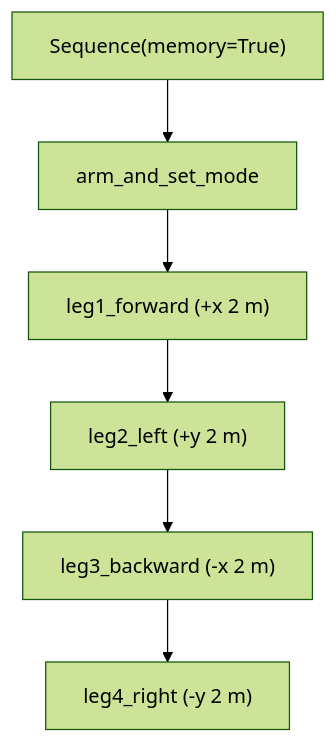
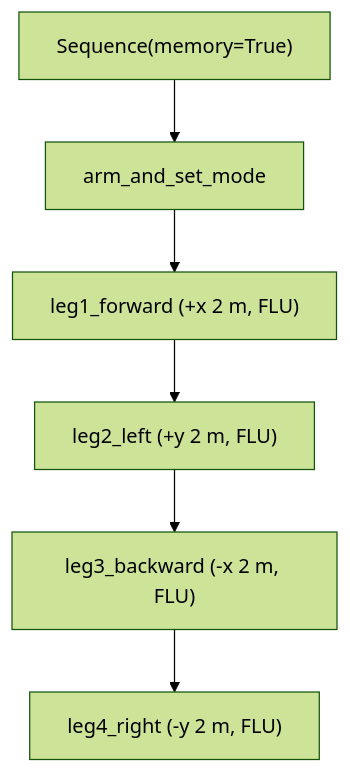
The diagram in docs/strategies/square.md (BumblebeeAS/release), drawn with Mermaid (forest theme) before and after one commit. The commit also changed other lines of this file and 29 other files, not shown here.

````diff
--- a/docs/strategies/square.md
+++ b/docs/strategies/square.md
@@ -17,11 +38,11 @@
 ``` mermaid
 flowchart TD
   ROOT["Sequence(memory=True)"]
   ARM[arm_and_set_mode]
-  L1["leg1_forward (+x 2 m)"]
-  L2["leg2_left (+y 2 m)"]
-  L3["leg3_backward (-x 2 m)"]
-  L4["leg4_right (-y 2 m)"]
+  L1["leg1_forward (+x 2 m, FLU)"]
+  L2["leg2_left (+y 2 m, FLU)"]
+  L3["leg3_backward (-x 2 m, FLU)"]
+  L4["leg4_right (-y 2 m, FLU)"]
 
   ROOT --> ARM --> L1 --> L2 --> L3 --> L4
 ```
````
